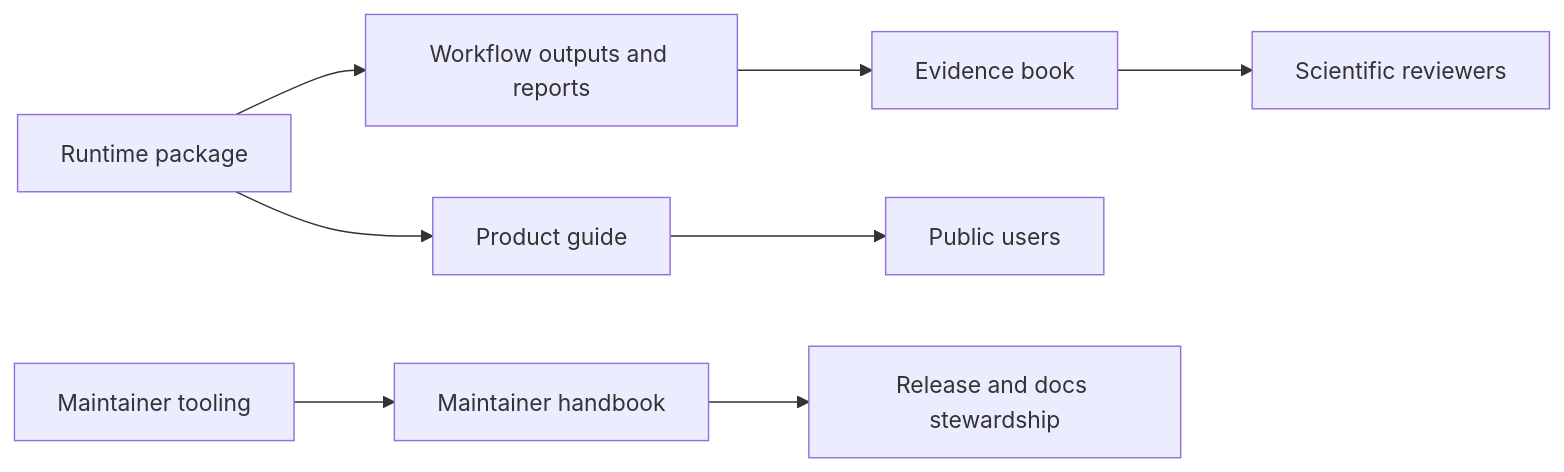
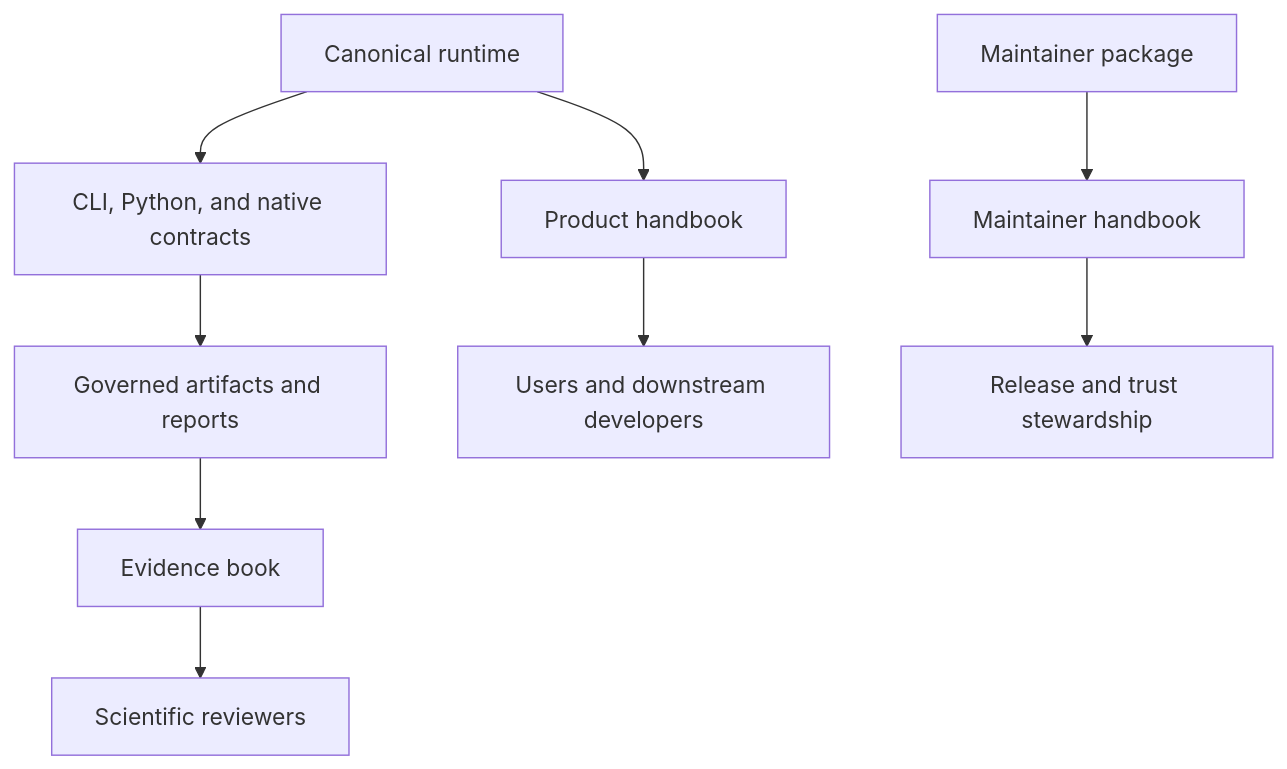
One commit to bijux/bijux-phylogenetics changed the first of 2 diagrams in docs/index.md. Above: the diagram before and after it, drawn with Mermaid. The commit also changed other lines of this file and 10 other files, not shown here.

Commit message:
docs(public): deepen runtime and package narratives

````diff
--- a/docs/index.md
+++ b/docs/index.md
@@ -48,10 +43,11 @@
 ```mermaid
-flowchart LR
-    A[Runtime package] --> B[Product guide]
-    A --> C[Workflow outputs and reports]
-    C --> D[Evidence book]
-    B --> E[Public users]
-    D --> F[Scientific reviewers]
-    G[Maintainer tooling] --> H[Maintainer handbook]
-    H --> I[Release and docs stewardship]
+flowchart TD
+    A[Canonical runtime] --> B[Product handbook]
+    A --> C[CLI, Python, and native contracts]
+    C --> D[Governed artifacts and reports]
+    D --> E[Evidence book]
+    F[Maintainer package] --> G[Maintainer handbook]
+    B --> H[Users and downstream developers]
+    E --> I[Scientific reviewers]
+    G --> J[Release and trust stewardship]
 ```
````
